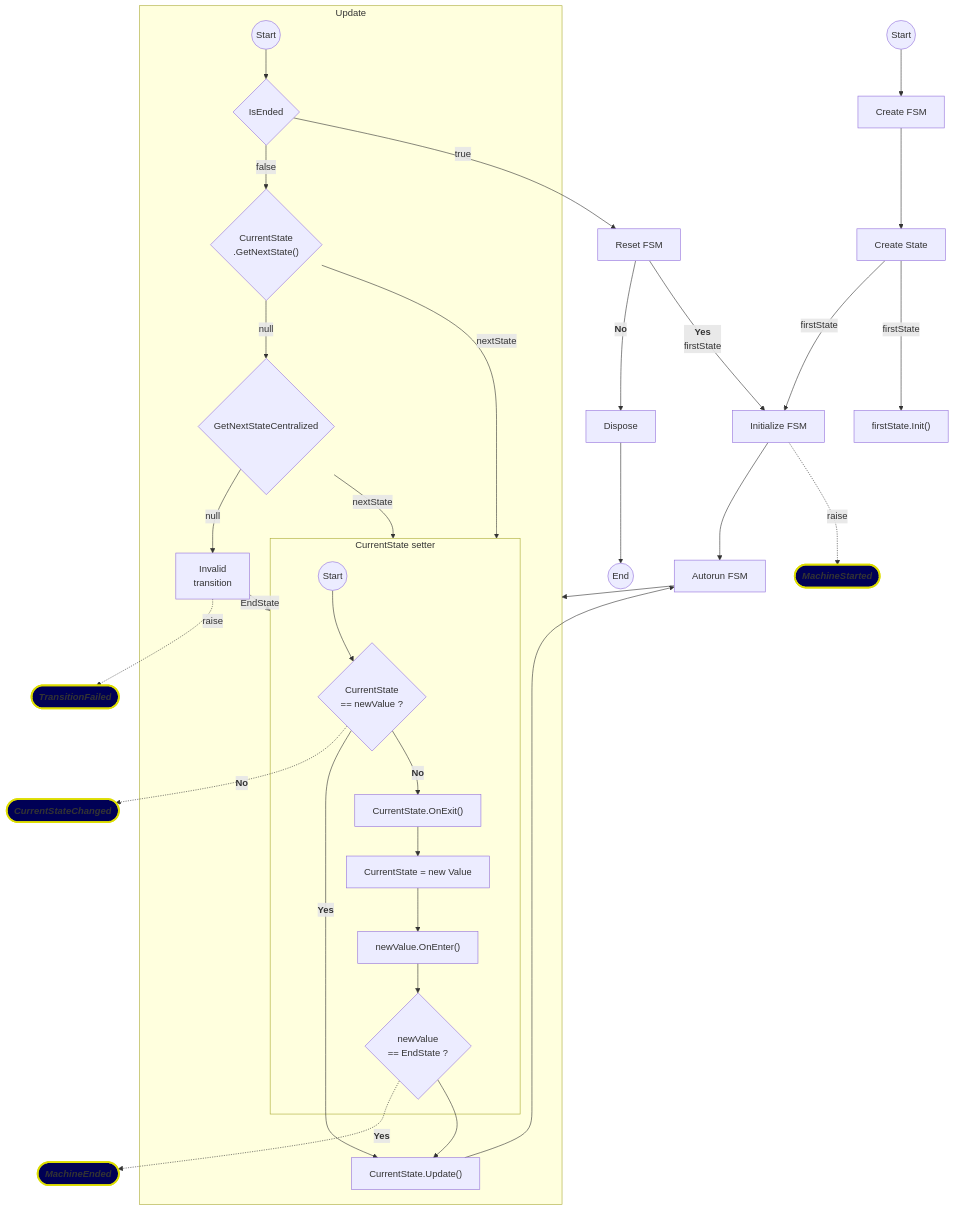
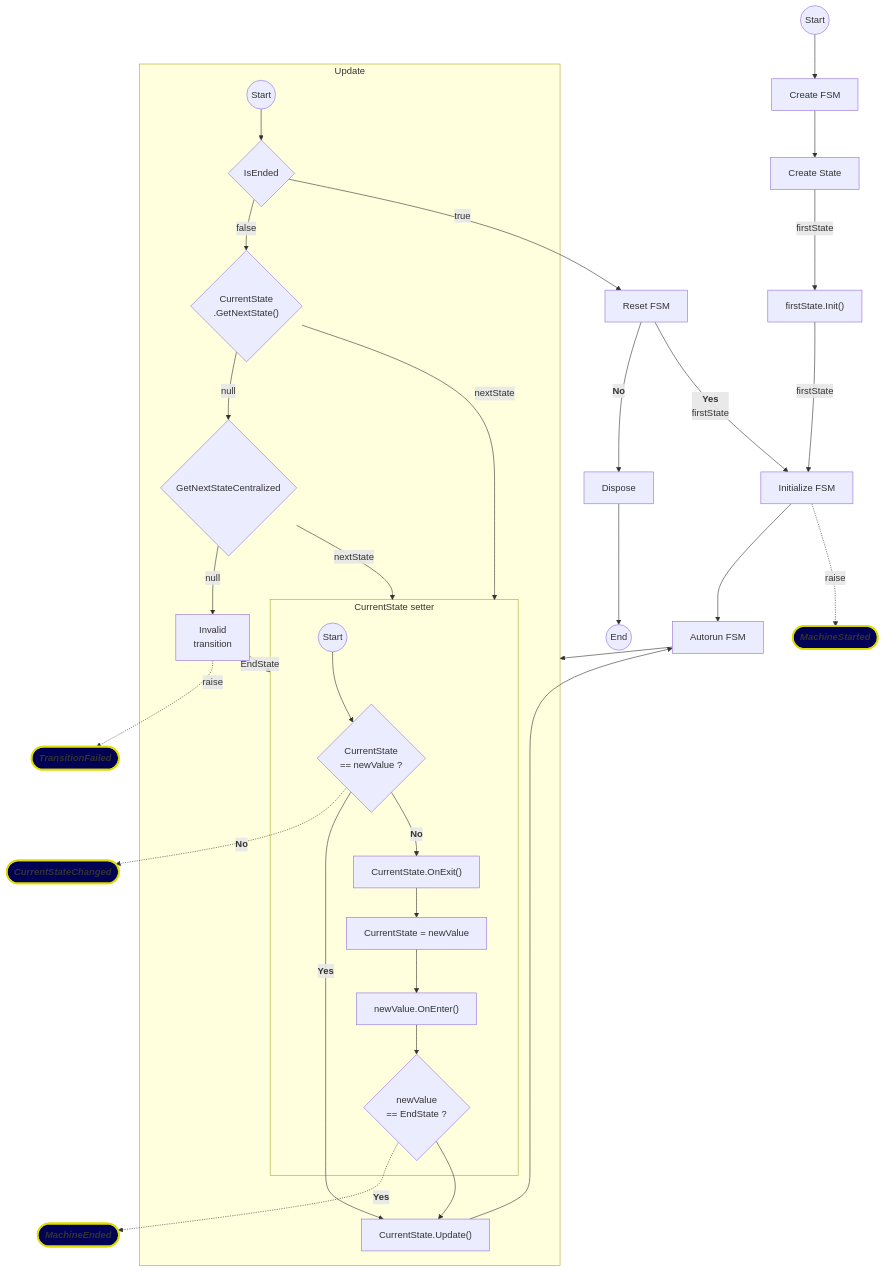
Before and after one commit to elTRexx/ReusableFiniteStateMachine: diagram 11 of 12 in ReusableFiniteStateMachine/Embedded package files/Readme.md, drawn with Mermaid. The commit also changed 1 other file, not shown here.

Commit message:
Update README.md lifecycle diagram.

````diff
--- a/ReusableFiniteStateMachine/Embedded package files/Readme.md
+++ b/ReusableFiniteStateMachine/Embedded package files/Readme.md
@@ -554,44 +554,44 @@
 ```mermaid
 flowchart TB
     classDef eventClass fill:#005,stroke:#dd0,stroke-width:3px
     MainStart@{ shape: circle, label: "Start" } --> CreateFSM["Create FSM"]    
 
     ChangeCurrentState{"CurrentState\n== newValue ?"} -. "`**No**`" .-> CurrentStateChanged(["`**_CurrentStateChanged_**`"]):::eventClass
     InvalidTransition["Invalid\ntransition"] -. raise .-> TransitionFailed(["`**_TransitionFailed_**`"]):::eventClass   
     NextIsEnd{"newValue\n== EndState ?"} -. "`**Yes**`" .-> MachineEnded(["`**_MachineEnded_**`"]):::eventClass  
 
     subgraph CurrentStateSetter["CurrentState setter"]
     SetterStart@{ shape: circle, label: "Start" } --> ChangeCurrentState
-    CurrentStateExit["CurrentState.OnExit()"] --> UpdateCurrentState["CurrentState = new Value"]
+    CurrentStateExit["CurrentState.OnExit()"] --> UpdateCurrentState["CurrentState = newValue"]
     UpdateCurrentState --> NextStateEnter["newValue.OnEnter()"]
     NextStateEnter --> NextIsEnd    
     end
 
-    CreateFSM --> CreateState["Create State"]    
-    CreateState-- firstState --> Init["Initialize FSM"]
-    CreateState-- firstState --> InitState["firstState.Init()"]
+    CreateFSM --> CreateState["Create State"]
+    CreateState-- firstState --> InitState["firstState.Init()"]    
+    InitState-- firstState --> Init["Initialize FSM"]    
     Init --> AutorunFSM["Autorun FSM"]  
     Init -. raise .-> MachineStarted(["`**_MachineStarted_**`"]):::eventClass  
     ResetFSM -- "`**No**`" --> Dispose
     ResetFSM["Reset FSM"] -- "`**Yes**
     firstState`" --> Init    
     AutorunFSM --> Update    
 
     subgraph Update ["Update"]
     UpdateStart@{ shape: circle, label: "Start" } --> IsEnded
     IsEnded -- false --> NextStateDecentralized{"CurrentState\n.GetNextState()"}
     NextStateDecentralized -- null --> NextStateCentralized{"GetNextStateCentralized"}
     NextStateCentralized -- null -->  InvalidTransition
     InvalidTransition -- EndState --> CurrentStateSetter
     NextStateCentralized -- nextState --> CurrentStateSetter
     NextStateDecentralized -- nextState --> CurrentStateSetter   
     NextIsEnd --> CurrentStateUpdate    
 
     ChangeCurrentState -- "`**Yes**`" --> CurrentStateUpdate["CurrentState.Update()"]
     ChangeCurrentState -- "`**No**`" --> CurrentStateExit  
     end    
 
     IsEnded{"IsEnded"} -- true --> ResetFSM    
     CurrentStateUpdate --> AutorunFSM
     Dispose --> End@{ shape: circle, label: "End" }
 ```
````
